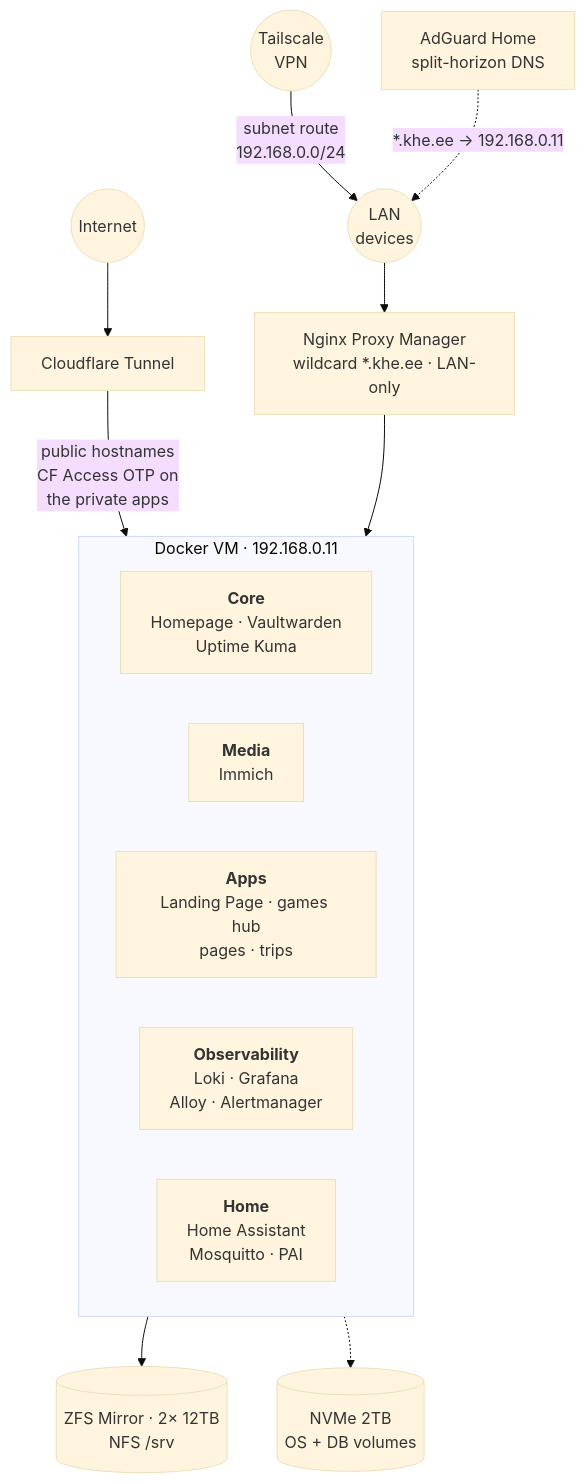
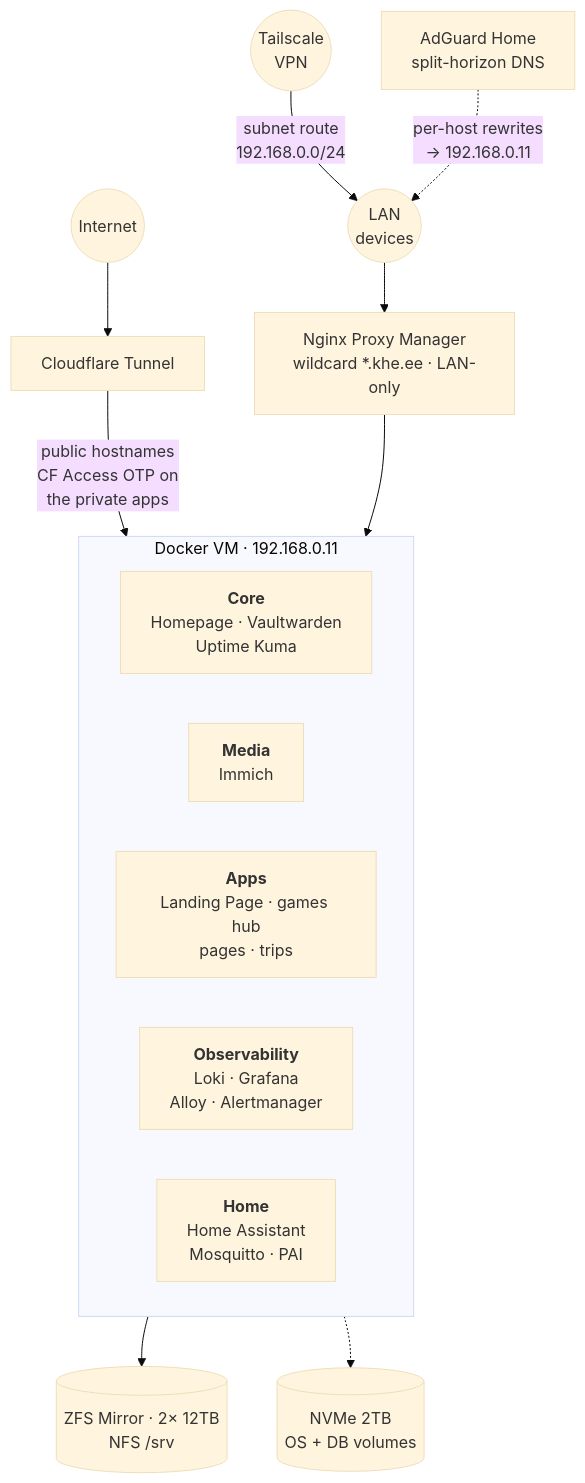
The diagram in README.md (khelias/khe-homelab), drawn with Mermaid (base theme) before and after one commit. The commit also changed other lines of this file and 10 other files, not shown here.

````diff
--- a/README.md
+++ b/README.md
@@ -7,26 +7,26 @@
 ```mermaid
 graph TB
     Internet((Internet))
     VPN((Tailscale<br/>VPN))
     LAN((LAN<br/>devices))
 
     Internet --> CF[Cloudflare Tunnel]
     VPN -->|subnet route<br/>192.168.0.0/24| LAN
-    AG[AdGuard Home<br/>split-horizon DNS] -.->|*.khe.ee → 192.168.0.11| LAN
+    AG[AdGuard Home<br/>split-horizon DNS] -.->|per-host rewrites<br/>→ 192.168.0.11| LAN
     LAN --> NPM[Nginx Proxy Manager<br/>wildcard *.khe.ee · LAN-only]
 
     CF -->|public hostnames<br/>CF Access OTP on<br/>the private apps| DVM
     NPM --> DVM
 
     subgraph DVM[Docker VM · 192.168.0.11]
         direction LR
         Core["<b>Core</b><br/>Homepage · Vaultwarden<br/>Uptime Kuma"]
         Media["<b>Media</b><br/>Immich"]
         Apps["<b>Apps</b><br/>Landing Page · games hub<br/>pages · trips"]
         Obs["<b>Observability</b><br/>Loki · Grafana<br/>Alloy · Alertmanager"]
         Home["<b>Home</b><br/>Home Assistant<br/>Mosquitto · PAI"]
     end
 
     DVM --> HDD[(ZFS Mirror · 2× 12TB<br/>NFS /srv)]
     DVM -.-> NVMe[(NVMe 2TB<br/>OS + DB volumes)]
 ```
````
